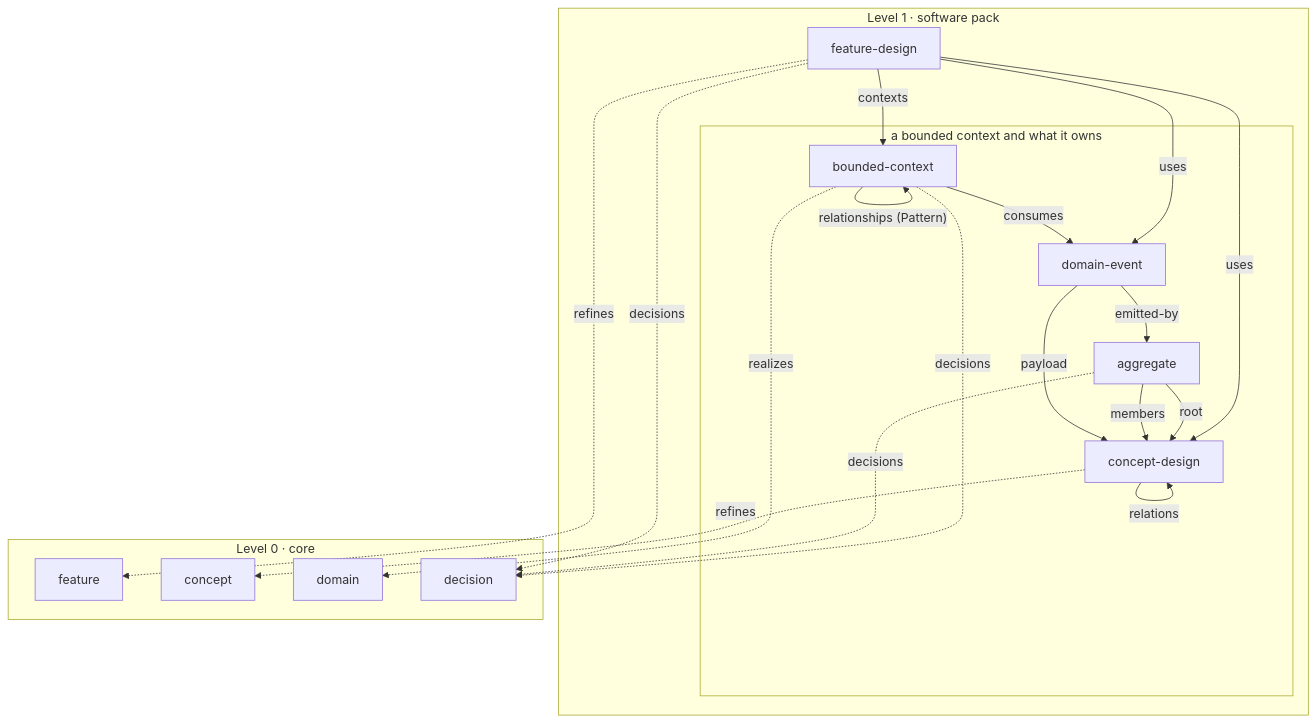
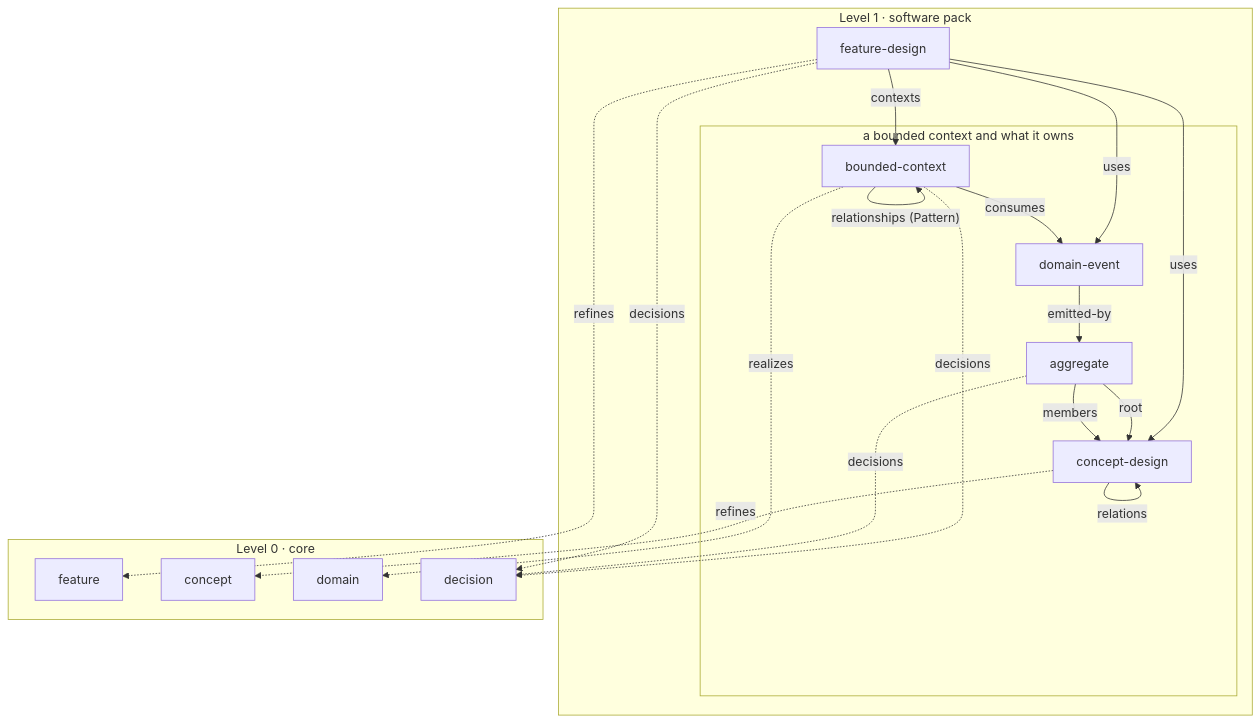
Before and after one commit to companygraph/meta-model: the diagram in docs/superpowers/specs/2026-09-30-the-software-pack-design.md, drawn with Mermaid. The commit also changed other lines of this file, not shown here.

````diff
--- a/docs/superpowers/specs/2026-09-30-the-software-pack-design.md
+++ b/docs/superpowers/specs/2026-09-30-the-software-pack-design.md
@@ -37,34 +39,33 @@
 ```mermaid
 flowchart TB
   subgraph L1["Level 1 · software pack"]
     FD["feature-design"]
     subgraph Owned["a bounded context and what it owns"]
       BC["bounded-context"]
       CD["concept-design"]
       AG["aggregate"]
       DE["domain-event"]
     end
   end
   subgraph L0["Level 0 · core"]
     F["feature"]
     C["concept"]
     D["domain"]
     DEC["decision"]
   end
   FD -- contexts --> BC
   FD -- uses --> CD
   FD -- uses --> DE
   BC -- "relationships (Pattern)" --> BC
   BC -- consumes --> DE
   AG -- root --> CD
   DE -- emitted-by --> AG
   AG -- members --> CD
-  DE -- payload --> CD
   CD -- relations --> CD
   FD -. refines .-> F
   CD -. refines .-> C
   BC -. realizes .-> D
   FD -. decisions .-> DEC
   BC -. decisions .-> DEC
   AG -. decisions .-> DEC
 ```
````
